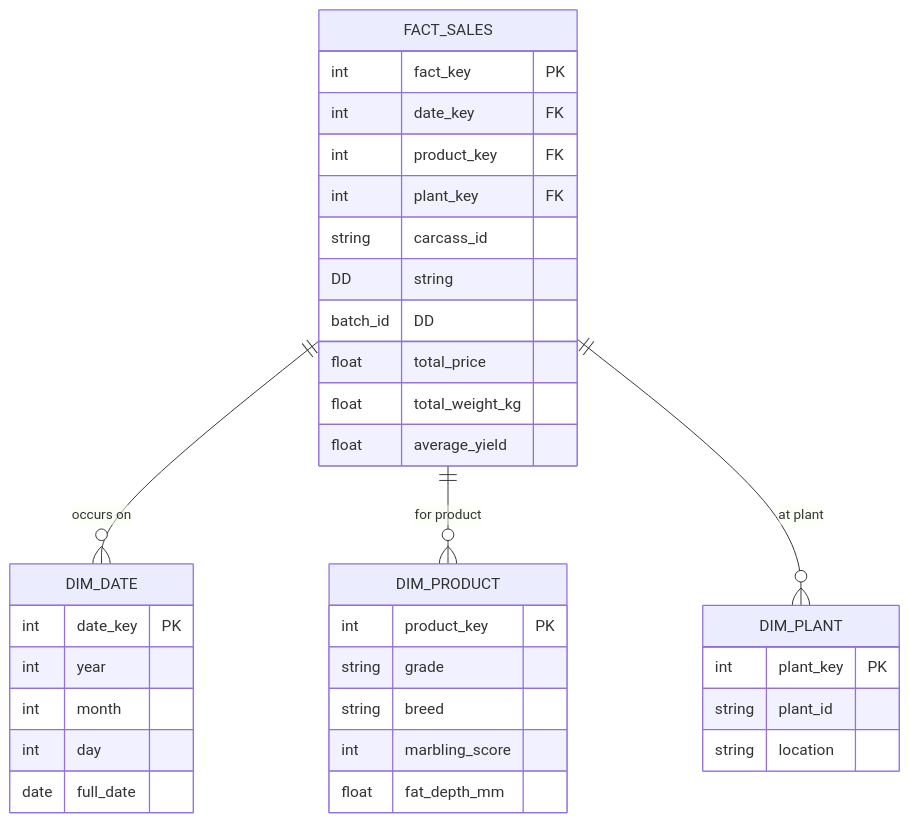
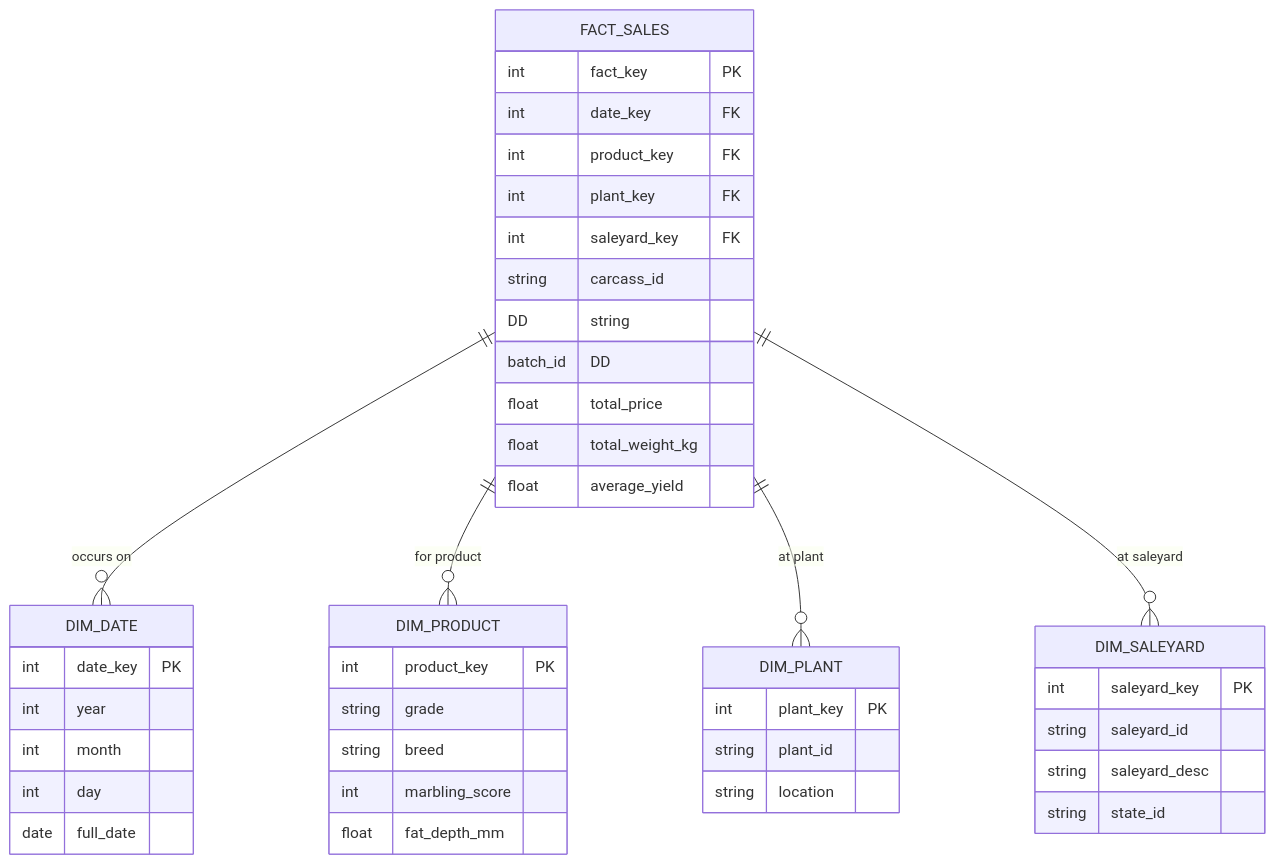
Before and after one commit to pasunboneleve/meat-dist-data-platform: the second of 2 diagrams in docs/lakehouse-data-model.md, drawn with Mermaid. The commit also changed other lines of this file, not shown here.

Commit message:
update schema documentation for kimball

````diff
--- a/docs/lakehouse-data-model.md
+++ b/docs/lakehouse-data-model.md
@@ -175,43 +194,53 @@
 ```mermaid
 erDiagram
 
  FACT_SALES ||--o{ DIM_DATE : "occurs on"
 
  FACT_SALES ||--o{ DIM_PRODUCT : "for product"
 
  FACT_SALES ||--o{ DIM_PLANT : "at plant"
 
+ FACT_SALES ||--o{ DIM_SALEYARD : "at saleyard"
+
  FACT_SALES {
   int fact_key PK
   int date_key FK
   int product_key FK
   int plant_key FK
+  int saleyard_key FK
   string carcass_id DD
   string batch_id DD
   float total_price
   float total_weight_kg
   float average_yield
  }
 
  DIM_DATE {
   int date_key PK
   int year
   int month
   int day
   date full_date
  }
 
  DIM_PRODUCT {
   int product_key PK
   string grade
   string breed
   int marbling_score
   float fat_depth_mm
  }
 
  DIM_PLANT {
   int plant_key PK
   string plant_id
   string location
  }
+ 
+ DIM_SALEYARD {
+  int saleyard_key PK
+  string saleyard_id
+  string saleyard_desc
+  string state_id
+ }
 ```
````
